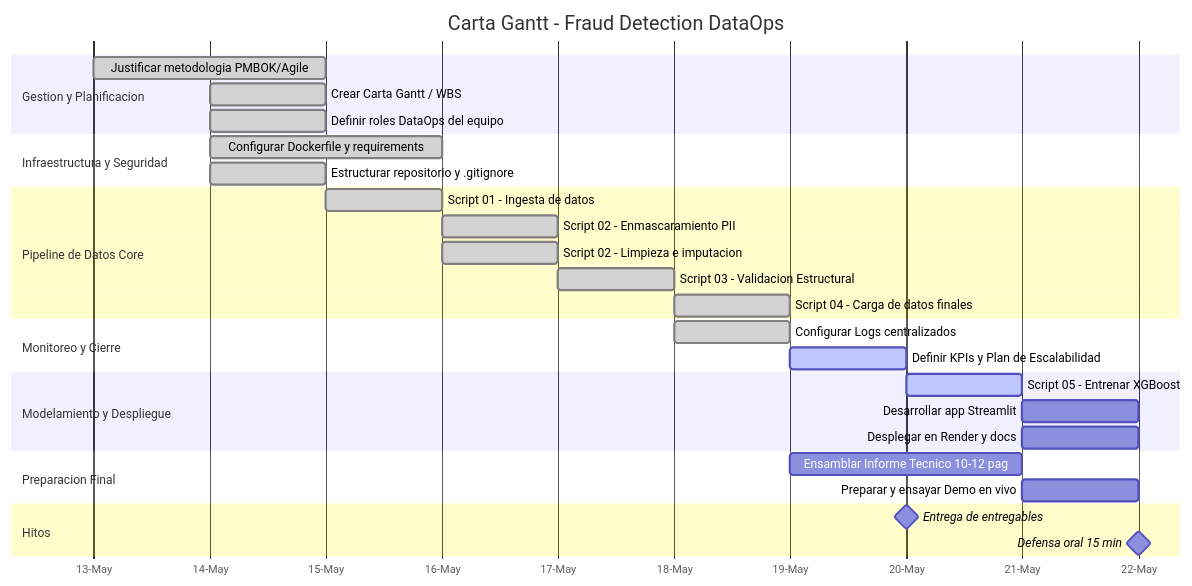
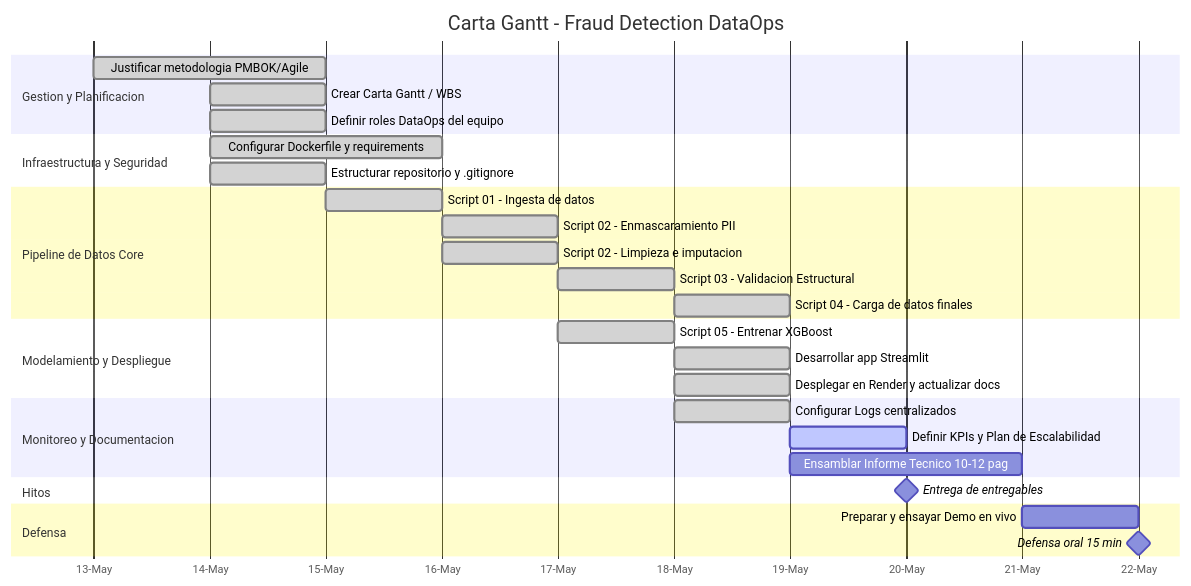
The diagram in docs/GANTT.md (mtgutierrezh/fraud-detection), drawn with Mermaid before and after one commit. The commit also changed other lines of this file, not shown here.

Commit message:
fix(Gantt): reordenar tareas antes del 20-May, solo Defensa post-entrega
- Modelamiento, Streamlit y Render movidos a May 17-18
- Todas las tareas tecnicas completadas antes del hito de entrega
- Solo ensayo de Demo (May 21) y Defensa (May 22) post-entrega
- Secciones reorganizadas: Modelamiento, Monitoreo, Hitos, Defensa

````diff
--- a/docs/GANTT.md
+++ b/docs/GANTT.md
@@ -5,39 +5,39 @@
 ```mermaid
 gantt
     title Carta Gantt - Fraud Detection DataOps
     dateFormat YYYY-MM-DD
     axisFormat %d-%b
 
     section Gestion y Planificacion
     Justificar metodologia PMBOK/Agile     :done,    t1, 2026-05-13, 2d
     Crear Carta Gantt / WBS                :done,    t2, 2026-05-14, 1d
     Definir roles DataOps del equipo       :done,    t3, 2026-05-14, 1d
 
     section Infraestructura y Seguridad
     Configurar Dockerfile y requirements   :done,    t4, 2026-05-14, 2d
     Estructurar repositorio y .gitignore   :done,    t5, 2026-05-14, 1d
 
     section Pipeline de Datos Core
     Script 01 - Ingesta de datos           :done,    t6, 2026-05-15, 1d
     Script 02 - Enmascaramiento PII        :done,    t7, after t6, 1d
     Script 02 - Limpieza e imputacion      :done,    t8, after t6, 1d
     Script 03 - Validacion Estructural     :done,    t9, after t8, 1d
     Script 04 - Carga de datos finales     :done,    t10, after t9, 1d
 
-    section Monitoreo y Cierre
+    section Modelamiento y Despliegue
+    Script 05 - Entrenar XGBoost           :done,    t15, 2026-05-17, 1d
+    Desarrollar app Streamlit              :done,    t16, 2026-05-18, 1d
+    Desplegar en Render y actualizar docs  :done,    t17, 2026-05-18, 1d
+
+    section Monitoreo y Documentacion
     Configurar Logs centralizados          :done,    t11, 2026-05-18, 1d
     Definir KPIs y Plan de Escalabilidad   :active,  t12, 2026-05-19, 1d
-
-    section Modelamiento y Despliegue
-    Script 05 - Entrenar XGBoost           :active,  t15, 2026-05-20, 1d
-    Desarrollar app Streamlit              :         t16, 2026-05-21, 1d
-    Desplegar en Render y docs             :         t17, 2026-05-21, 1d
-
-    section Preparacion Final
     Ensamblar Informe Tecnico 10-12 pag    :         t13, 2026-05-19, 2d
-    Preparar y ensayar Demo en vivo        :         t14, 2026-05-21, 1d
 
     section Hitos
     Entrega de entregables                 :milestone, m1, 2026-05-20, 0d
+
+    section Defensa
+    Preparar y ensayar Demo en vivo        :         t14, 2026-05-21, 1d
     Defensa oral 15 min                    :milestone, m2, 2026-05-22, 0d
 ```
````
